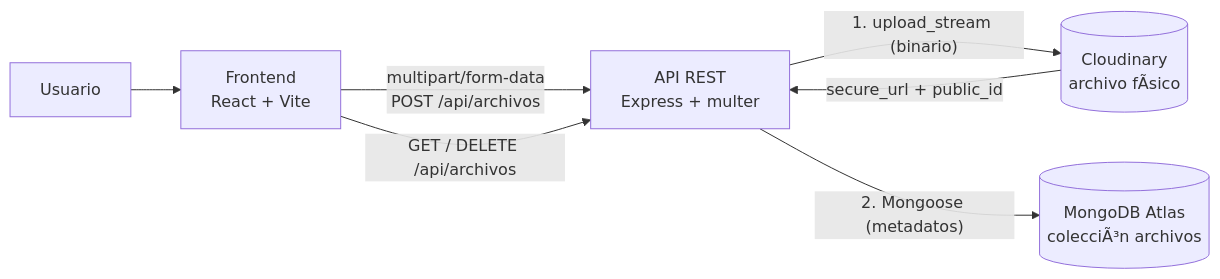
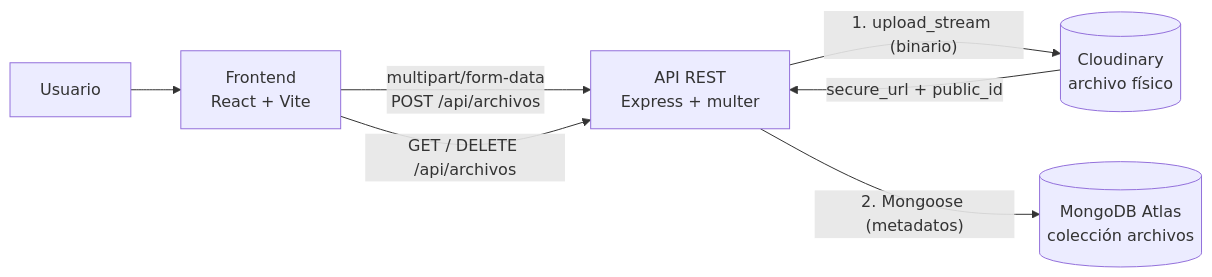
The diagram in README.md (juanjomodez/GestorActivosMultimedia), drawn with Mermaid before and after one commit. The commit also changed other lines of this file, not shown here.

````diff
--- a/README.md
+++ b/README.md
@@ -70,9 +70,9 @@
 ```mermaid
 flowchart LR
     U[Usuario] --> FE[Frontend<br/>React + Vite]
     FE -- "multipart/form-data<br/>POST /api/archivos" --> API[API REST<br/>Express + multer]
     FE -- "GET / DELETE /api/archivos" --> API
-    API -- "1. upload_stream (binario)" --> CL[(Cloudinary<br/>archivo fÃ­sico)]
+    API -- "1. upload_stream (binario)" --> CL[(Cloudinary<br/>archivo físico)]
     CL -- "secure_url + public_id" --> API
-    API -- "2. Mongoose (metadatos)" --> DB[(MongoDB Atlas<br/>colecciÃ³n archivos)]
+    API -- "2. Mongoose (metadatos)" --> DB[(MongoDB Atlas<br/>colección archivos)]
 ```
````
